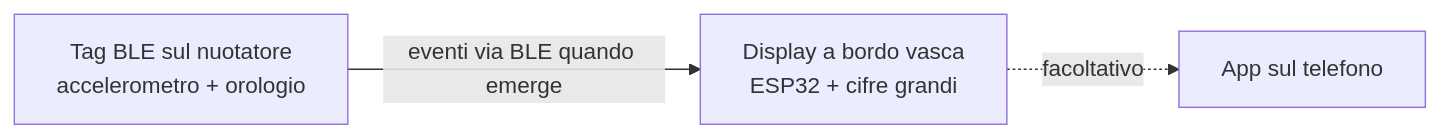
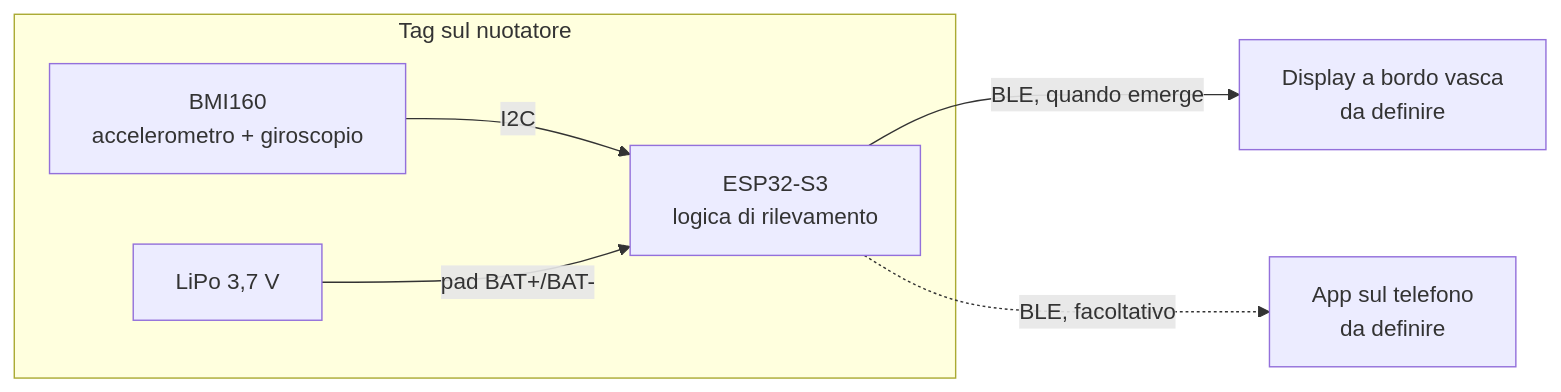
The diagram in README.md (PZero/SwimTimer), drawn with Mermaid before and after one commit. The commit also changed other lines of this file and 5 other files, not shown here.

````diff
--- a/README.md
+++ b/README.md
@@ -20,5 +54,9 @@
 ```mermaid
 flowchart LR
-  T[Tag BLE sul nuotatore<br/>accelerometro + orologio] -- eventi via BLE quando emerge --> D[Display a bordo vasca<br/>ESP32 + cifre grandi]
-  D -. facoltativo .-> A[App sul telefono]
+  subgraph TAG[Tag sul nuotatore]
+    S[BMI160<br/>accelerometro + giroscopio] -- I2C --> M[ESP32-S3<br/>logica di rilevamento]
+    B[LiPo 3,7 V] -- pad BAT+/BAT- --> M
+  end
+  M -- BLE, quando emerge --> D[Display a bordo vasca<br/>da definire]
+  M -. BLE, facoltativo .-> A[App sul telefono<br/>da definire]
 ```
````
